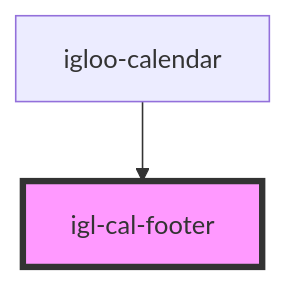
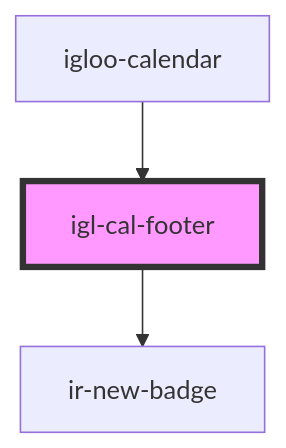
Before and after one commit to David1Chowaifaty/modified-ir-webcmp: the diagram in src/components/igloo-calendar/igl-cal-footer/readme.md, drawn with Mermaid. The commit also changed other lines of this file and 46 other files, not shown here.

````diff
--- a/src/components/igloo-calendar/igl-cal-footer/readme.md
+++ b/src/components/igloo-calendar/igl-cal-footer/readme.md
@@ -31,5 +35,6 @@
 ```mermaid
 graph TD;
+  igl-cal-footer --> ir-new-badge
   igloo-calendar --> igl-cal-footer
   style igl-cal-footer fill:#f9f,stroke:#333,stroke-width:4px
 ```
````
